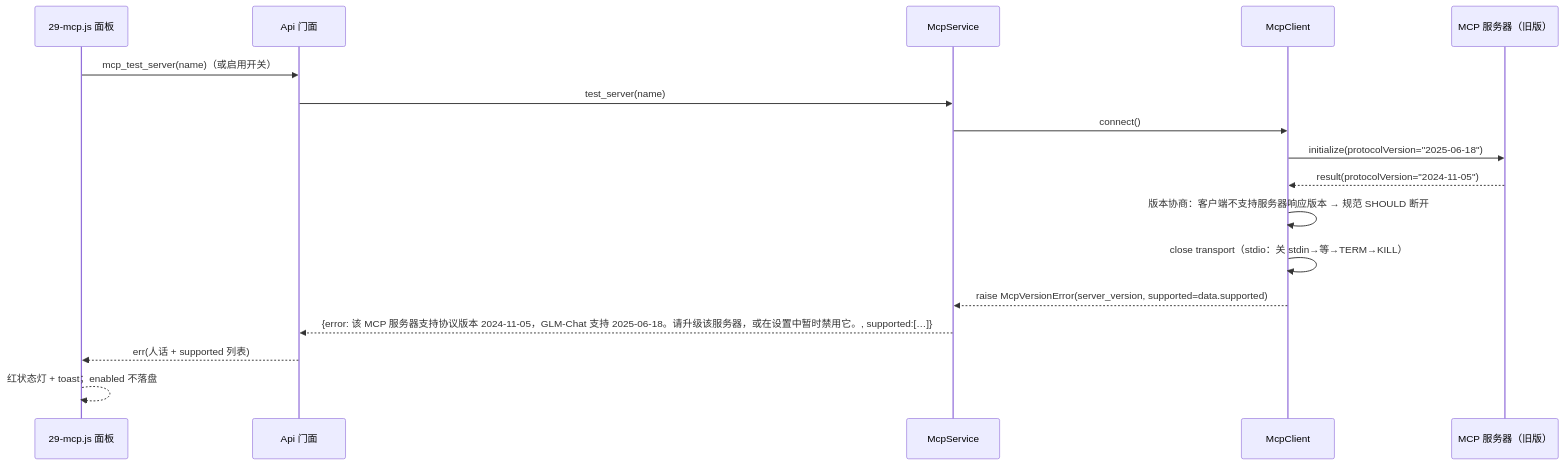
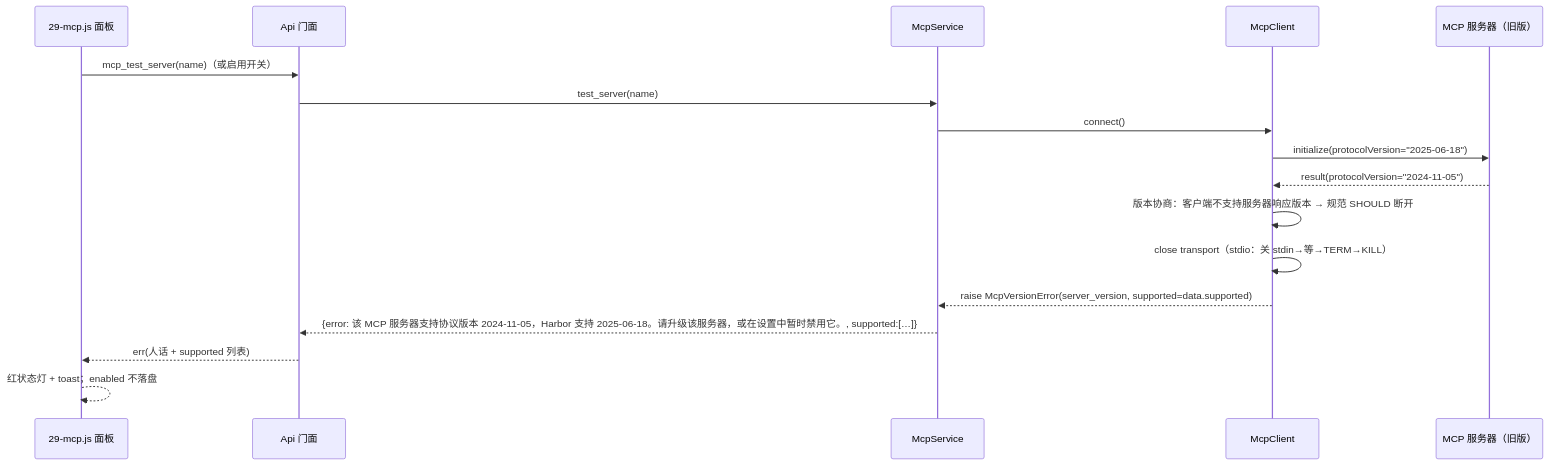
One commit to 932129568/Chat changed the fourth of 5 diagrams in docs/system_design.md. Above: the diagram before and after it, drawn with Mermaid. The commit also changed other lines of this file and 30 other files, not shown here.

First line of the commit message:
rename: GLM-Chat → Harbor（港湾）

````diff
--- a/docs/system_design.md
+++ b/docs/system_design.md
@@ -539,19 +539,19 @@
 ```mermaid
 sequenceDiagram
     participant P as 29-mcp.js 面板
     participant A as Api 门面
     participant S as McpService
     participant K as McpClient
     participant M as MCP 服务器（旧版）
     P->>A: mcp_test_server(name)（或启用开关）
     A->>S: test_server(name)
     S->>K: connect()
     K->>M: initialize(protocolVersion="2025-06-18")
     M-->>K: result(protocolVersion="2024-11-05")
     K->>K: 版本协商：客户端不支持服务器响应版本 → 规范 SHOULD 断开
     K->>K: close transport（stdio：关 stdin→等→TERM→KILL）
     K-->>S: raise McpVersionError(server_version, supported=data.supported)
-    S-->>A: {error: 该 MCP 服务器支持协议版本 2024-11-05，GLM-Chat 支持 2025-06-18。请升级该服务器，或在设置中暂时禁用它。, supported:[…]}
+    S-->>A: {error: 该 MCP 服务器支持协议版本 2024-11-05，Harbor 支持 2025-06-18。请升级该服务器，或在设置中暂时禁用它。, supported:[…]}
     A-->>P: err(人话 + supported 列表)
     P-->>P: 红状态灯 + toast；enabled 不落盘
 ```
````
